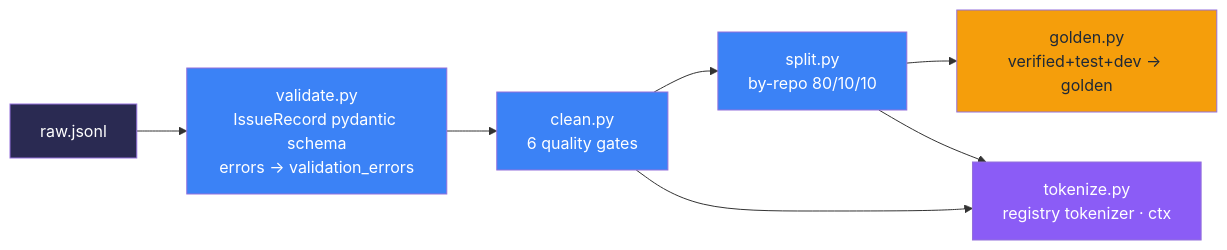
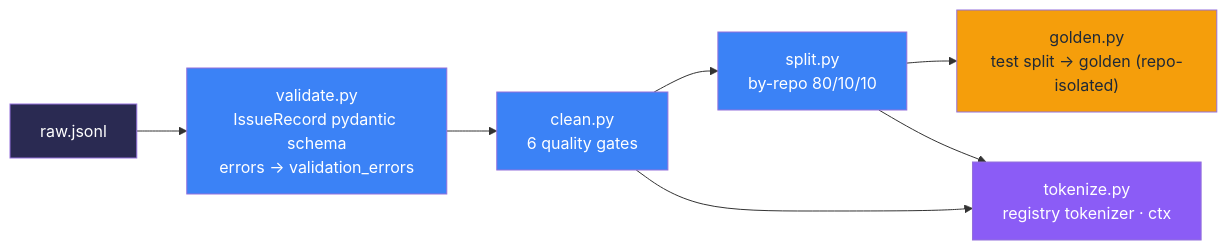
One commit to AhmedIkram05/SWE-Qwen changed the first of 4 diagrams in docs/deep-dives.md. Above: the diagram before and after it, drawn with Mermaid. The commit also changed other lines of this file and 9 other files, not shown here.

Commit message:
fix(data): restrict golden set to test split to prevent leakage

````diff
--- a/docs/deep-dives.md
+++ b/docs/deep-dives.md
@@ -53,15 +53,15 @@
 ```mermaid
 flowchart LR
     A["raw.jsonl"] --> B["validate.py<br/>IssueRecord pydantic schema<br/>errors → validation_errors"]
     B --> C["clean.py<br/>6 quality gates"]
     C --> D["split.py<br/>by-repo 80/10/10"]
-    D --> E["golden.py<br/>verified+test+dev → golden"]
+    D --> E["golden.py<br/>test split → golden (repo-isolated)"]
     C --> F["tokenize.py<br/>registry tokenizer · ctx"]
     D --> F
     style A fill:#2a2a52,color:#fff
     style B fill:#3b82f6,color:#fff
     style C fill:#3b82f6,color:#fff
     style D fill:#3b82f6,color:#fff
     style E fill:#f59e0b,color:#1f2937
     style F fill:#8b5cf6,color:#fff
 ```
````
